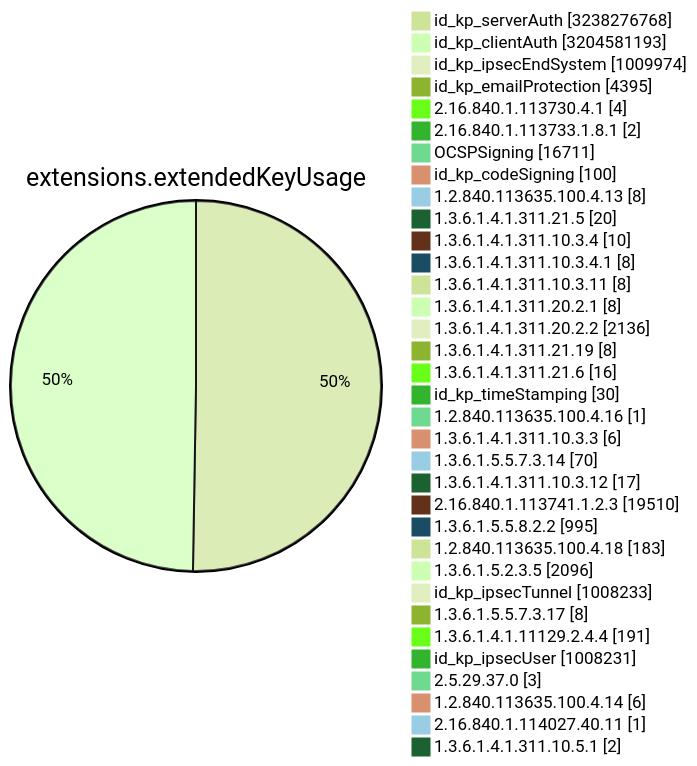
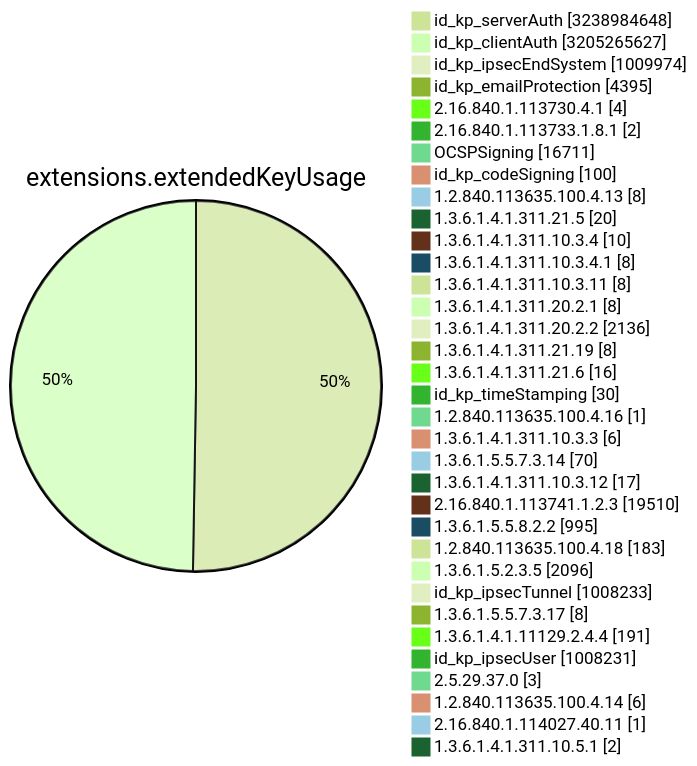
One commit to christiankrug/ctmonitor_visualization changed diagram 11 of 15 in TOTAL/README.md. Above: the diagram before and after it, drawn with Mermaid (forest theme). The commit also changed other lines of this file, not shown here.

````diff
--- a/TOTAL/README.md
+++ b/TOTAL/README.md
@@ -4119,38 +4119,38 @@
 ```mermaid
 pie showData
 title extensions.extendedKeyUsage
-"id_kp_serverAuth" :3238276768
-"id_kp_clientAuth" :3204581193
+"id_kp_serverAuth" :3238984648
+"id_kp_clientAuth" :3205265627
 "id_kp_ipsecEndSystem" :1009974
 "id_kp_emailProtection" :4395
 "2.16.840.1.113730.4.1" :4
 "2.16.840.1.113733.1.8.1" :2
 "OCSPSigning" :16711
 "id_kp_codeSigning" :100
 "1.2.840.113635.100.4.13" :8
 "1.3.6.1.4.1.311.21.5" :20
 "1.3.6.1.4.1.311.10.3.4" :10
 "1.3.6.1.4.1.311.10.3.4.1" :8
 "1.3.6.1.4.1.311.10.3.11" :8
 "1.3.6.1.4.1.311.20.2.1" :8
 "1.3.6.1.4.1.311.20.2.2" :2136
 "1.3.6.1.4.1.311.21.19" :8
 "1.3.6.1.4.1.311.21.6" :16
 "id_kp_timeStamping" :30
 "1.2.840.113635.100.4.16" :1
 "1.3.6.1.4.1.311.10.3.3" :6
 "1.3.6.1.5.5.7.3.14" :70
 "1.3.6.1.4.1.311.10.3.12" :17
 "2.16.840.1.113741.1.2.3" :19510
 "1.3.6.1.5.5.8.2.2" :995
 "1.2.840.113635.100.4.18" :183
 "1.3.6.1.5.2.3.5" :2096
 "id_kp_ipsecTunnel" :1008233
 "1.3.6.1.5.5.7.3.17" :8
 "1.3.6.1.4.1.11129.2.4.4" :191
 "id_kp_ipsecUser" :1008231
 "2.5.29.37.0" :3
 "1.2.840.113635.100.4.14" :6
 "2.16.840.1.114027.40.11" :1
 "1.3.6.1.4.1.311.10.5.1" :2
 ```
````
